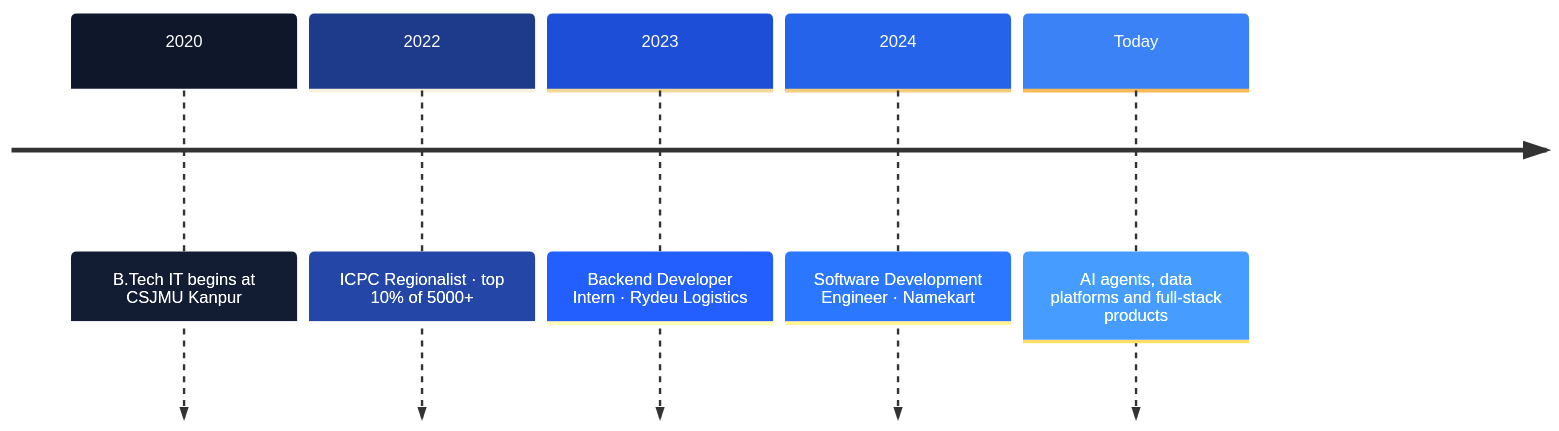
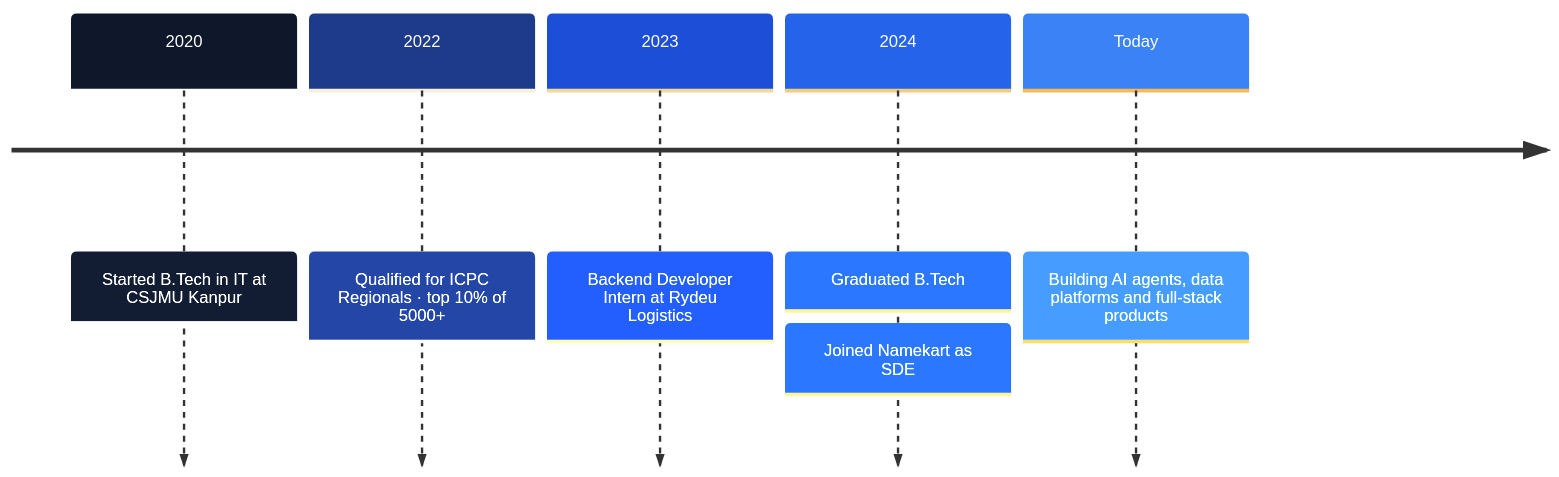
The diagram in README.md (sanjeev662/sanjeev662), drawn with Mermaid before and after one commit. The commit also changed other lines of this file, not shown here.

First line of the commit message:
Simplify README wording, label tech stack, drop view counter

````diff
--- a/README.md
+++ b/README.md
@@ -64,9 +88,9 @@
 ```mermaid
 %%{init: {'theme': 'base', 'themeVariables': {'fontFamily': 'Inter, Segoe UI, Helvetica, Arial, sans-serif', 'fontSize': '14px', 'lineColor': '#64748b', 'cScale0': '#0f172a', 'cScaleLabel0': '#ffffff', 'cScale1': '#1e3a8a', 'cScaleLabel1': '#ffffff', 'cScale2': '#1d4ed8', 'cScaleLabel2': '#ffffff', 'cScale3': '#2563eb', 'cScaleLabel3': '#ffffff', 'cScale4': '#3b82f6', 'cScaleLabel4': '#ffffff'}}}%%
 timeline
-    2020 : B.Tech IT begins at CSJMU Kanpur
-    2022 : ICPC Regionalist · top 10% of 5000+
-    2023 : Backend Developer Intern · Rydeu Logistics
-    2024 : Software Development Engineer · Namekart
-    Today : AI agents, data platforms and full-stack products
+    2020 : Started B.Tech in IT at CSJMU Kanpur
+    2022 : Qualified for ICPC Regionals · top 10% of 5000+
+    2023 : Backend Developer Intern at Rydeu Logistics
+    2024 : Graduated B.Tech : Joined Namekart as SDE
+    Today : Building AI agents, data platforms and full-stack products
 ```
````
